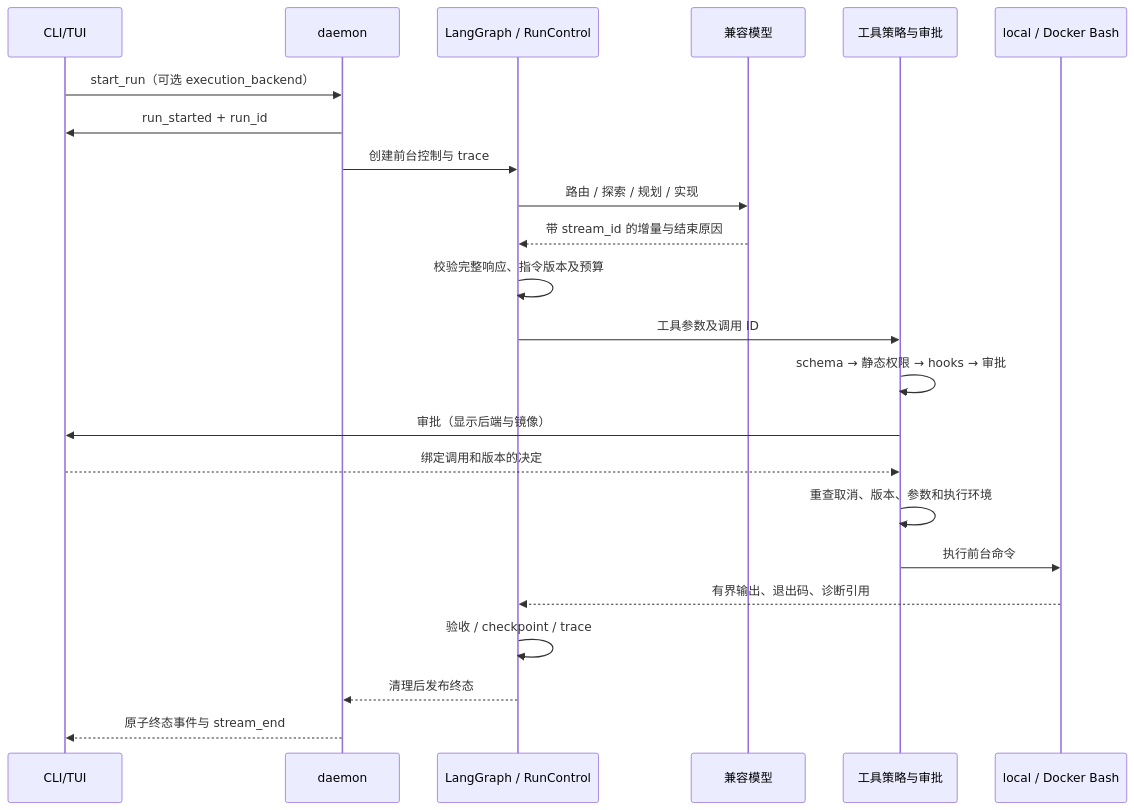
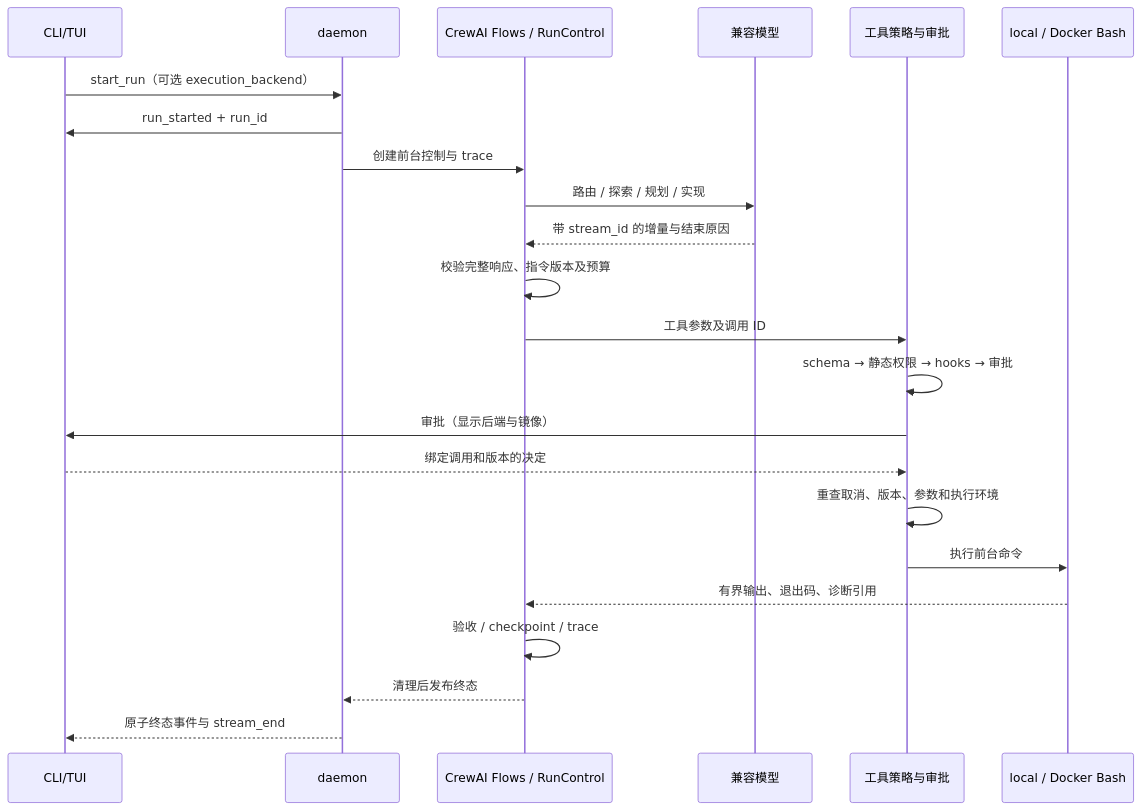
One commit to nicedream18/CodeAgent changed the diagram in docs/internship/interview.md. Above: the diagram before and after it, drawn with Mermaid. The commit also changed other lines of this file and 109 other files, not shown here.

````diff
--- a/docs/internship/interview.md
+++ b/docs/internship/interview.md
@@ -5,25 +5,25 @@
 ```mermaid
 sequenceDiagram
     participant U as CLI/TUI
     participant D as daemon
-    participant G as LangGraph / RunControl
+    participant G as CrewAI Flows / RunControl
     participant M as 兼容模型
     participant T as 工具策略与审批
     participant B as local / Docker Bash
     U->>D: start_run（可选 execution_backend）
     D->>U: run_started + run_id
     D->>G: 创建前台控制与 trace
     G->>M: 路由 / 探索 / 规划 / 实现
     M-->>G: 带 stream_id 的增量与结束原因
     G->>G: 校验完整响应、指令版本及预算
     G->>T: 工具参数及调用 ID
     T->>T: schema → 静态权限 → hooks → 审批
     T->>U: 审批（显示后端与镜像）
     U-->>T: 绑定调用和版本的决定
     T->>T: 重查取消、版本、参数和执行环境
     T->>B: 执行前台命令
     B-->>G: 有界输出、退出码、诊断引用
     G->>G: 验收 / checkpoint / trace
     G-->>D: 清理后发布终态
     D-->>U: 原子终态事件与 stream_end
 ```
````
